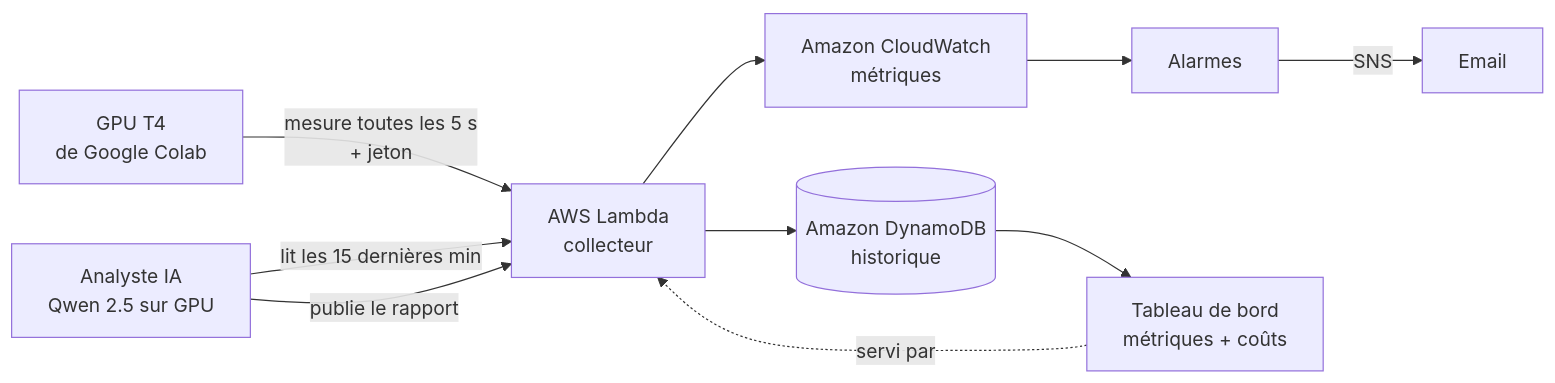
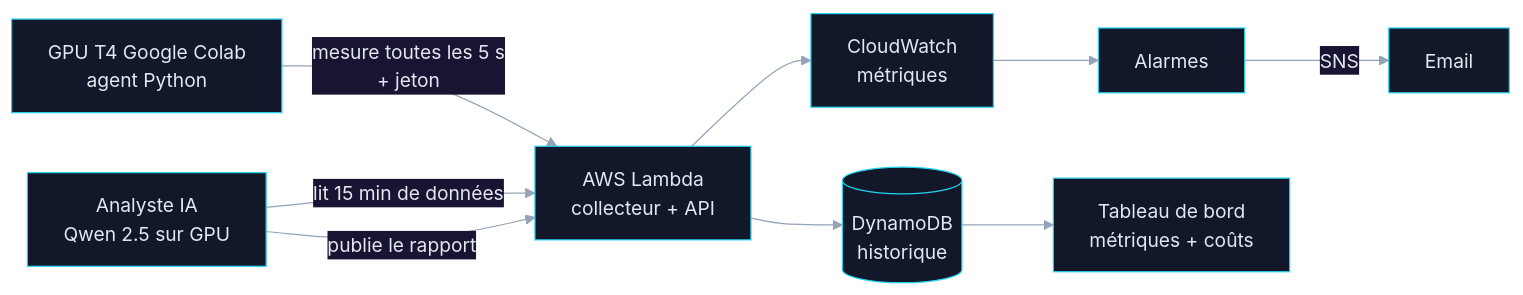
One commit to narimanekahli03/gpu-watch changed the diagram in README.md. Above: the diagram before and after it, drawn with Mermaid. The commit also changed other lines of this file and 1 other file, not shown here.

First line of the commit message:
docs: README premium centré sur l'état du GPU

````diff
--- a/README.md
+++ b/README.md
@@ -25,12 +87,12 @@
 ```mermaid
+%%{init: {'theme':'base','themeVariables':{'primaryColor':'#121829','primaryTextColor':'#e2e8f0','primaryBorderColor':'#22d3ee','lineColor':'#94a3b8','secondaryColor':'#1a1433','tertiaryColor':'#0b0f19'}}}%%
 flowchart LR
-    A["GPU T4<br/>de Google Colab"] -->|"mesure toutes les 5 s<br/>+ jeton"| B["AWS Lambda<br/>collecteur"]
-    B --> C[("Amazon DynamoDB<br/>historique")]
-    B --> D["Amazon CloudWatch<br/>métriques"]
+    A["GPU T4 Google Colab<br/>agent Python"] -->|"mesure toutes les 5 s<br/>+ jeton"| B["AWS Lambda<br/>collecteur + API"]
+    B --> C[("DynamoDB<br/>historique")]
+    B --> D["CloudWatch<br/>métriques"]
     D --> E["Alarmes"]
     E -->|SNS| F["Email"]
     C --> G["Tableau de bord<br/>métriques + coûts"]
-    H["Analyste IA<br/>Qwen 2.5 sur GPU"] -->|"lit les 15 dernières min"| B
+    H["Analyste IA<br/>Qwen 2.5 sur GPU"] -->|"lit 15 min de données"| B
     H -->|"publie le rapport"| B
-    G -.servi par.-> B
 ```
````
